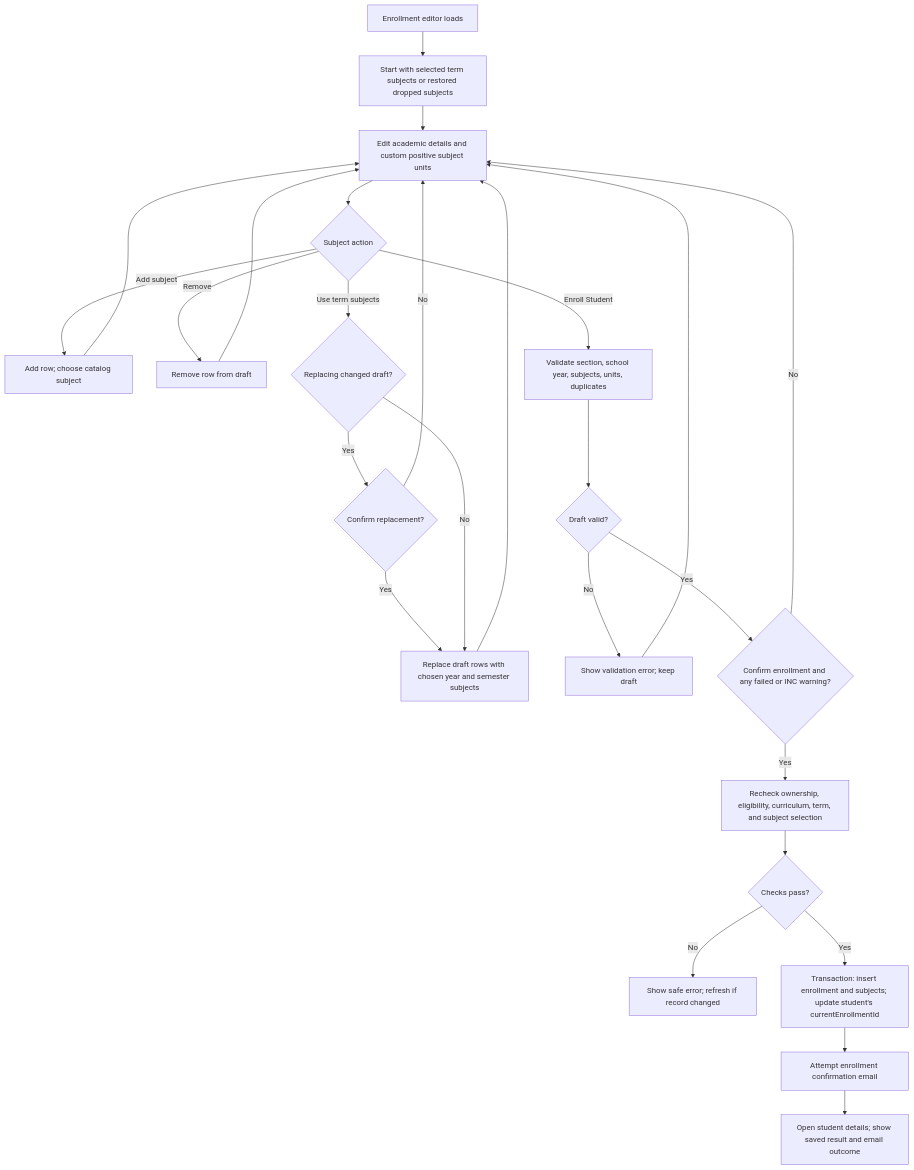
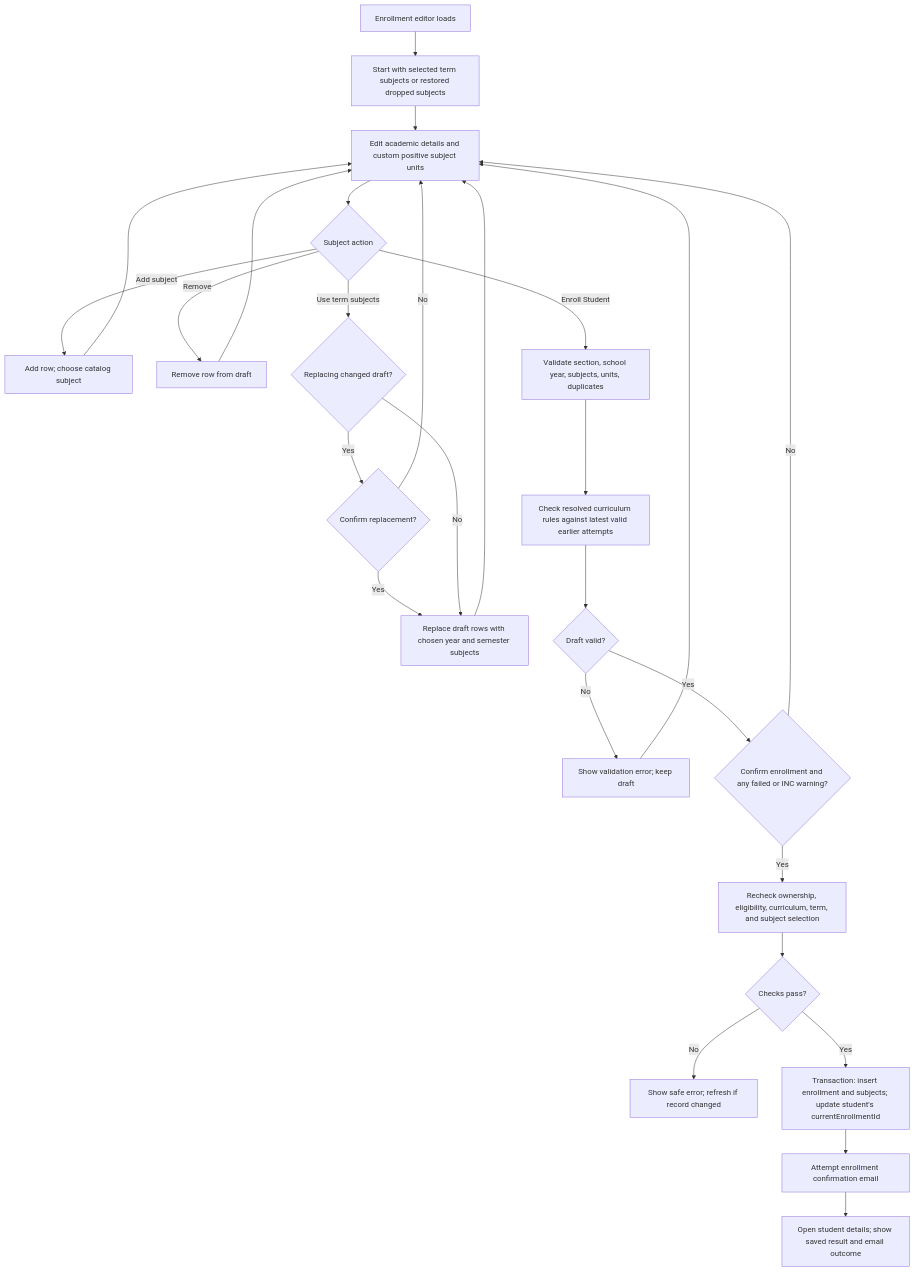
One commit to alincastrechristian-lgtm/enrollment-bpc changed the fifth of 19 diagrams in docs/system-flows.md. Above: the diagram before and after it, drawn with Mermaid. The commit also changed other lines of this file and 42 other files, not shown here.

````diff
--- a/docs/system-flows.md
+++ b/docs/system-flows.md
@@ -202,28 +212,29 @@
 ```mermaid
 flowchart TD
     Open[Enrollment editor loads] --> Rows[Start with selected term subjects or restored dropped subjects]
     Rows --> Edit[Edit academic details and custom positive subject units]
     Edit --> Action{Subject action}
     Action -->|Add subject| Add[Add row; choose catalog subject]
     Action -->|Remove| Remove[Remove row from draft]
     Action -->|Use term subjects| Replace{Replacing changed draft?}
     Replace -->|Yes| ReplaceConfirm{Confirm replacement?}
     ReplaceConfirm -->|No| Edit
     ReplaceConfirm -->|Yes| Term[Replace draft rows with chosen year and semester subjects]
     Replace -->|No| Term
     Add --> Edit
     Remove --> Edit
     Term --> Edit
     Action -->|Enroll Student| Check[Validate section, school year, subjects, units, duplicates]
-    Check --> Valid{Draft valid?}
+    Check --> Prerequisites[Check resolved curriculum rules against latest valid earlier attempts]
+    Prerequisites --> Valid{Draft valid?}
     Valid -->|No| Error[Show validation error; keep draft]
     Error --> Edit
     Valid -->|Yes| Confirm{Confirm enrollment and any failed or INC warning?}
     Confirm -->|No| Edit
     Confirm -->|Yes| Server[Recheck ownership, eligibility, curriculum, term, and subject selection]
     Server --> Conflict{Checks pass?}
     Conflict -->|No| Reject[Show safe error; refresh if record changed]
     Conflict -->|Yes| Commit[Transaction: insert enrollment and subjects; update student's currentEnrollmentId]
     Commit --> Email[Attempt enrollment confirmation email]
     Email --> Details[Open student details; show saved result and email outcome]
 ```
````
